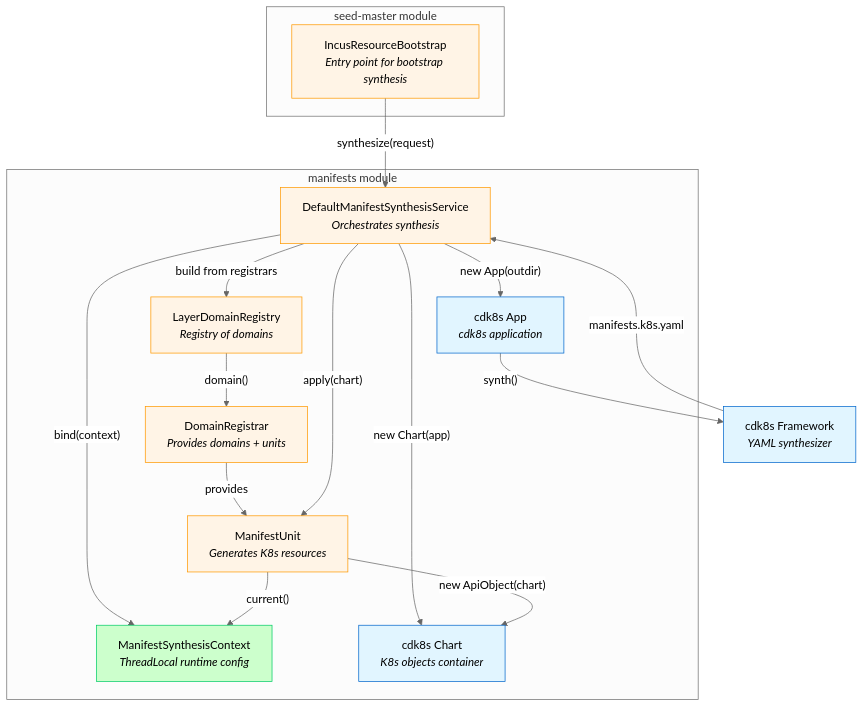
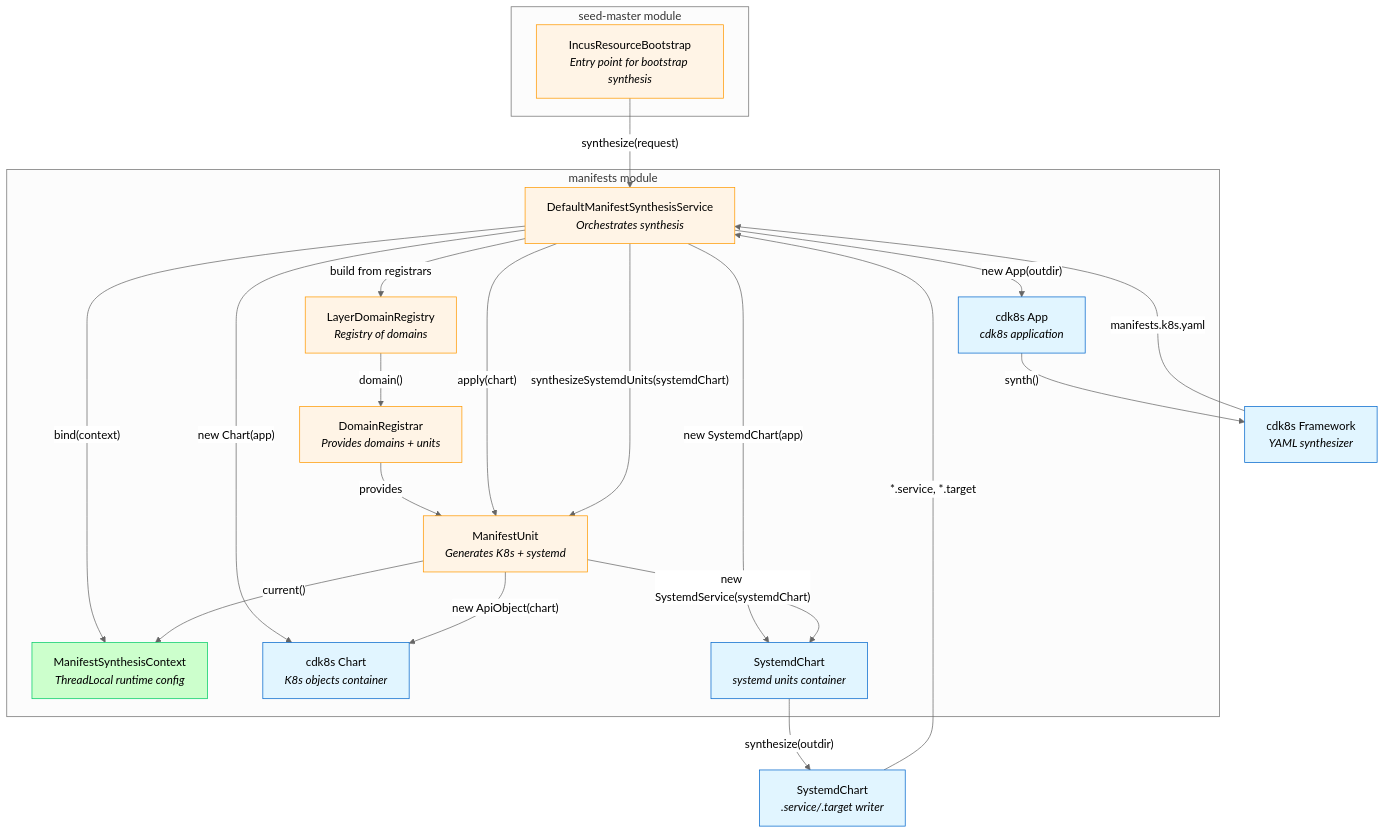
One commit to nxmatic/rke2lab changed the first of 2 diagrams in docs/manifest-synthesis-architecture.adoc. Above: the diagram before and after it, drawn with Mermaid (neutral theme). The commit also changed other lines of this file and 3 other files, not shown here.

First line of the commit message:
feat(manifests): integrate systemd synthesis into unified layer architecture

```diff
--- a/docs/manifest-synthesis-architecture.adoc
+++ b/docs/manifest-synthesis-architecture.adoc
@@ -32,42 +36,51 @@
 [mermaid]
 ----
 graph TB
     subgraph SeedBootstrap["seed-master module"]
         Bootstrap["IncusResourceBootstrap<br/><i>Entry point for bootstrap synthesis</i>"]
     end
 
     subgraph ManifestsModule["manifests module"]
         Service["DefaultManifestSynthesisService<br/><i>Orchestrates synthesis</i>"]
         Context["ManifestSynthesisContext<br/><i>ThreadLocal runtime config</i>"]
         Registry["LayerDomainRegistry<br/><i>Registry of domains</i>"]
         Registrar["DomainRegistrar<br/><i>Provides domains + units</i>"]
-        Unit["ManifestUnit<br/><i>Generates K8s resources</i>"]
+        Unit["ManifestUnit<br/><i>Generates K8s + systemd</i>"]
         App["cdk8s App<br/><i>cdk8s application</i>"]
         Chart["cdk8s Chart<br/><i>K8s objects container</i>"]
+        SystemdChart["SystemdChart<br/><i>systemd units container</i>"]
     end
 
     CDK8S["cdk8s Framework<br/><i>YAML synthesizer</i>"]
+    SYSTEMD["SystemdChart<br/><i>.service/.target writer</i>"]
 
     Bootstrap -->|"synthesize(request)"| Service
     Service -->|"bind(context)"| Context
     Service -->|"new App(outdir)"| App
     Service -->|"new Chart(app)"| Chart
+    Service -->|"new SystemdChart(app)"| SystemdChart
     Service -->|"build from registrars"| Registry
     Registry -->|"domain()"| Registrar
     Registrar -->|"provides"| Unit
     Service -->|"apply(chart)"| Unit
+    Service -->|"synthesizeSystemdUnits(systemdChart)"| Unit
     Unit -->|"current()"| Context
     Unit -->|"new ApiObject(chart)"| Chart
+    Unit -->|"new SystemdService(systemdChart)"| SystemdChart
     App -->|"synth()"| CDK8S
+    SystemdChart -->|"synthesize(outdir)"| SYSTEMD
     CDK8S -->|"manifests.k8s.yaml"| Service
+    SYSTEMD -->|"*.service, *.target"| Service
 
     style CDK8S fill:#e1f5ff,stroke:#0066cc
+    style SYSTEMD fill:#e1f5ff,stroke:#0066cc
     style Bootstrap fill:#fff4e6,stroke:#ff9900
     style Service fill:#fff4e6,stroke:#ff9900
     style Context fill:#ccffcc,stroke:#00cc66
     style Registry fill:#fff4e6,stroke:#ff9900
     style Registrar fill:#fff4e6,stroke:#ff9900
     style Unit fill:#fff4e6,stroke:#ff9900
     style App fill:#e1f5ff,stroke:#0066cc
     style Chart fill:#e1f5ff,stroke:#0066cc
+    style SystemdChart fill:#e1f5ff,stroke:#0066cc
 ----
```
